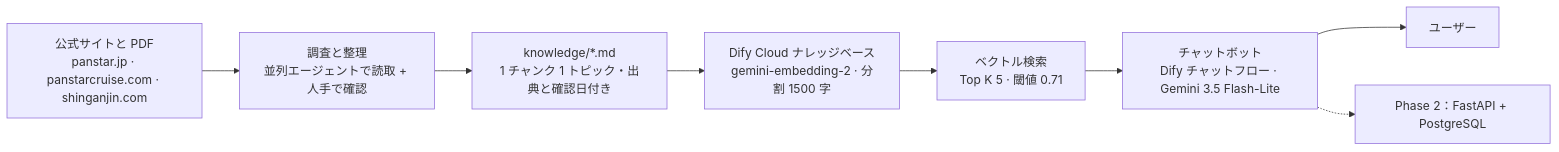
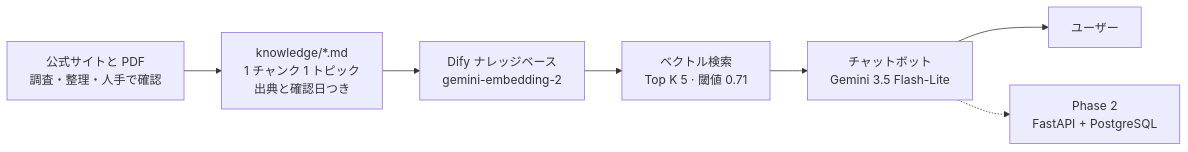
One commit to atsushigo/japan-ferry-kb changed the first of 2 diagrams in README.ja.md. Above: the diagram before and after it, drawn with Mermaid. The commit also changed 1 other file, not shown here.

Commit message:
Shorten the architecture diagram labels so it renders larger on GitHub
What changed
- README.md and README.ja.md: architecture diagram goes from 7 boxes to 6
  (source + curation merged into one box) with shorter labels, so the text is
  no longer tiny when the page is rendered

Checked
- Secret scan before the repository became public: no Dify keys, no dataset
  ID, no Google key in tracked files or history; .env is not tracked; commit
  author is the noreply address

---

アーキテクチャ図のラベルを短縮し、GitHubで大きく表示されるように

変更点
- README.md と README.ja.md：アーキテクチャ図のボックスを7個から6個に
  （情報源と調査整理を1つに統合）し、ラベルを短くして文字が小さくならないようにした

確認
- リポジトリ公開前の秘密情報スキャン：追跡ファイルにも履歴にも、Difyのキー、
  データセットID、Googleキーはなし。.envは追跡対象外。コミットの作者はnoreplyアドレス

````diff
--- a/README.ja.md
+++ b/README.ja.md
@@ -29,10 +29,9 @@
 ```mermaid
 flowchart LR
-  A["公式サイトと PDF<br/>panstar.jp · panstarcruise.com · shinganjin.com"] --> B["調査と整理<br/>並列エージェントで読取 + 人手で確認"]
-  B --> C["knowledge/*.md<br/>1 チャンク 1 トピック・出典と確認日付き"]
-  C --> D["Dify Cloud ナレッジベース<br/>gemini-embedding-2 · 分割 1500 字"]
+  A["公式サイトと PDF<br/>調査・整理・人手で確認"] --> C["knowledge/*.md<br/>1 チャンク 1 トピック<br/>出典と確認日つき"]
+  C --> D["Dify ナレッジベース<br/>gemini-embedding-2"]
   D --> E["ベクトル検索<br/>Top K 5 · 閾値 0.71"]
-  E --> F["チャットボット<br/>Dify チャットフロー · Gemini 3.5 Flash-Lite"]
+  E --> F["チャットボット<br/>Gemini 3.5 Flash-Lite"]
   F --> G["ユーザー"]
-  F -.-> H["Phase 2：FastAPI + PostgreSQL"]
+  F -.-> H["Phase 2<br/>FastAPI + PostgreSQL"]
 ```
````
